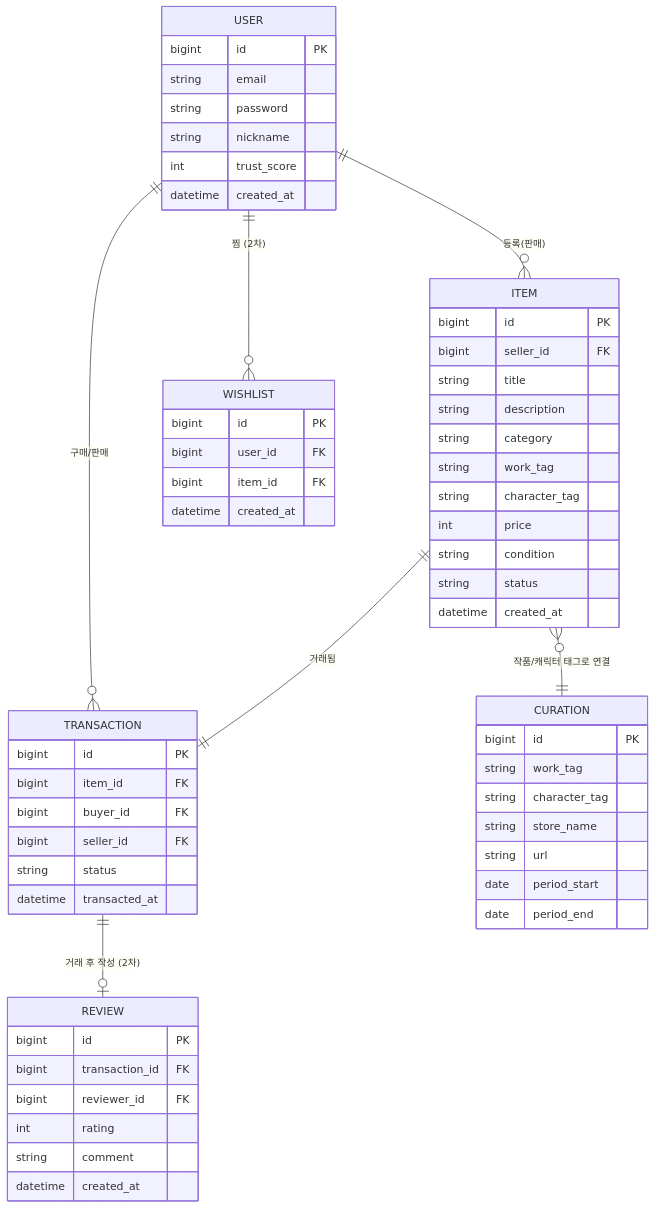
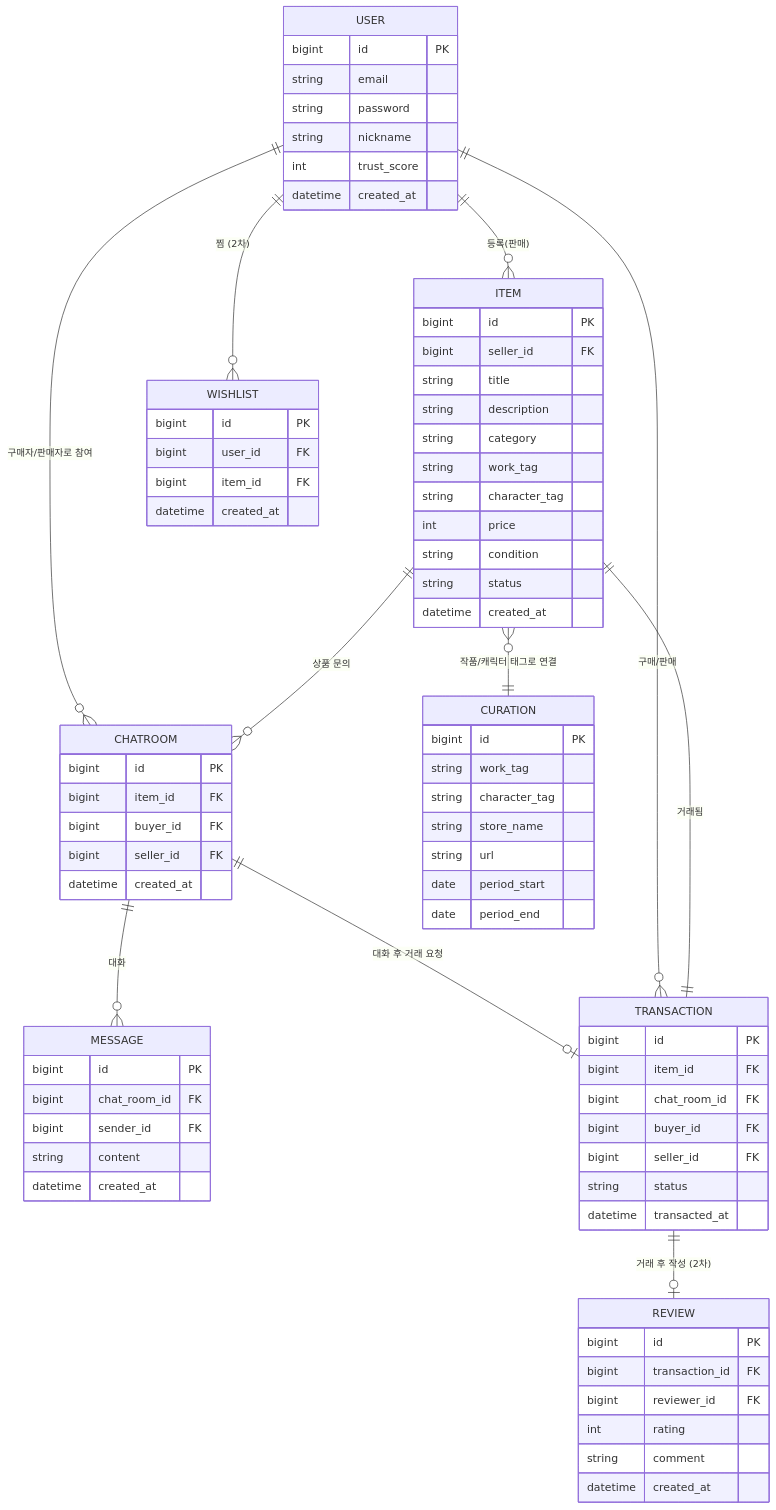
Before and after one commit to oshi-market/oshi-market: the second of 3 diagrams in 3_아키텍처및서비스흐름.md, drawn with Mermaid. The commit also changed other lines of this file and 3 other files, not shown here.

````diff
--- a/3_아키텍처및서비스흐름.md
+++ b/3_아키텍처및서비스흐름.md
@@ -52,62 +52,81 @@
 ```mermaid
 erDiagram
     USER ||--o{ ITEM : "등록(판매)"
+    USER ||--o{ CHATROOM : "구매자/판매자로 참여"
+    ITEM ||--o{ CHATROOM : "상품 문의"
+    CHATROOM ||--o{ MESSAGE : "대화"
+    CHATROOM ||--o| TRANSACTION : "대화 후 거래 요청"
     USER ||--o{ TRANSACTION : "구매/판매"
     ITEM ||--|| TRANSACTION : "거래됨"
     ITEM }o--|| CURATION : "작품/캐릭터 태그로 연결"
     TRANSACTION ||--o| REVIEW : "거래 후 작성 (2차)"
     USER ||--o{ WISHLIST : "찜 (2차)"
 
     USER {
         bigint id PK
         string email
         string password
         string nickname
         int trust_score
         datetime created_at
     }
     ITEM {
         bigint id PK
         bigint seller_id FK
         string title
         string description
         string category
         string work_tag
         string character_tag
         int price
         string condition
         string status
         datetime created_at
     }
+    CHATROOM {
+        bigint id PK
+        bigint item_id FK
+        bigint buyer_id FK
+        bigint seller_id FK
+        datetime created_at
+    }
+    MESSAGE {
+        bigint id PK
+        bigint chat_room_id FK
+        bigint sender_id FK
+        string content
+        datetime created_at
+    }
     TRANSACTION {
         bigint id PK
         bigint item_id FK
+        bigint chat_room_id FK
         bigint buyer_id FK
         bigint seller_id FK
         string status
         datetime transacted_at
     }
     CURATION {
         bigint id PK
         string work_tag
         string character_tag
         string store_name
         string url
         date period_start
         date period_end
     }
     REVIEW {
         bigint id PK
         bigint transaction_id FK
         bigint reviewer_id FK
         int rating
         string comment
         datetime created_at
     }
     WISHLIST {
         bigint id PK
         bigint user_id FK
         bigint item_id FK
         datetime created_at
     }
 ```
````
